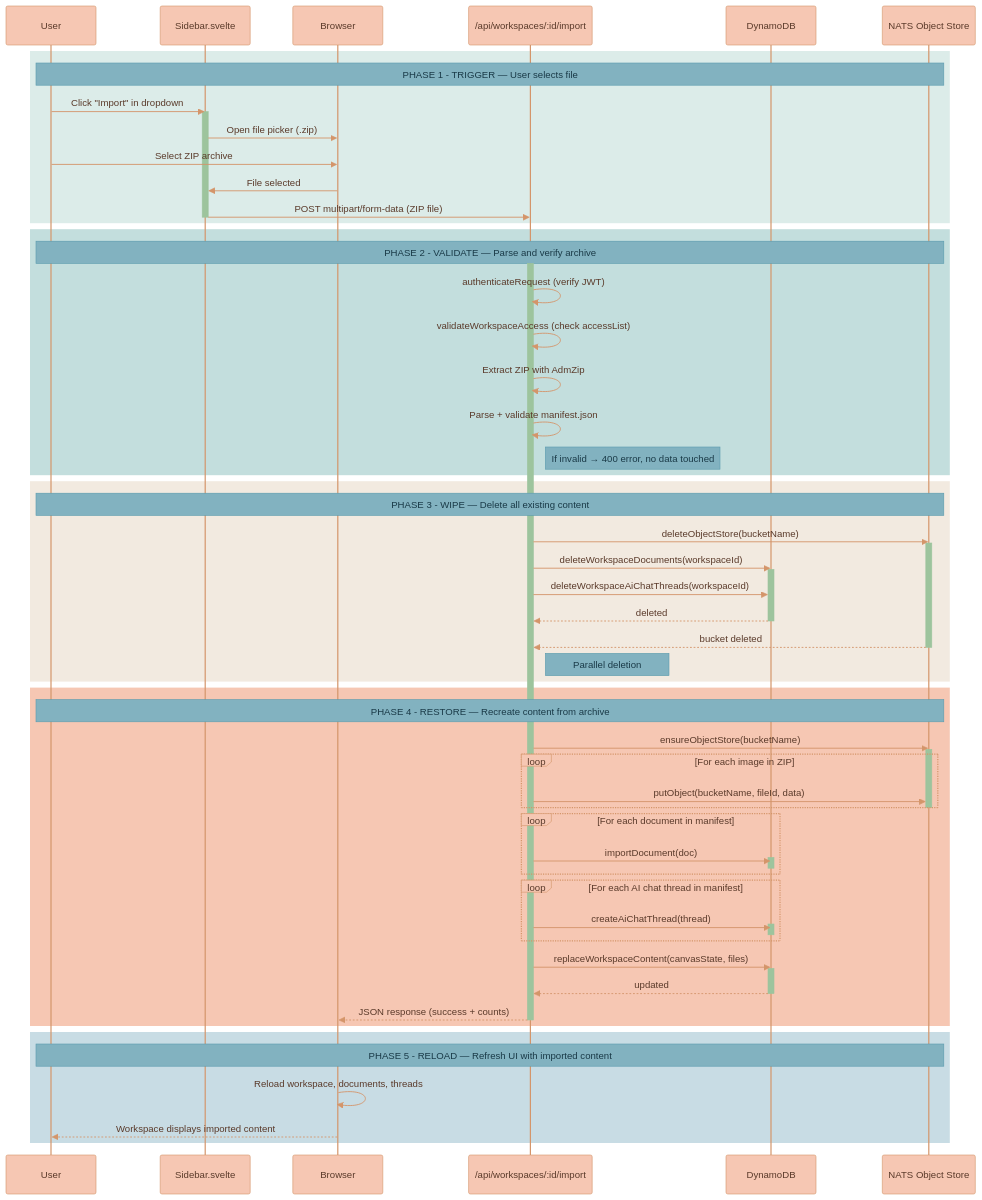
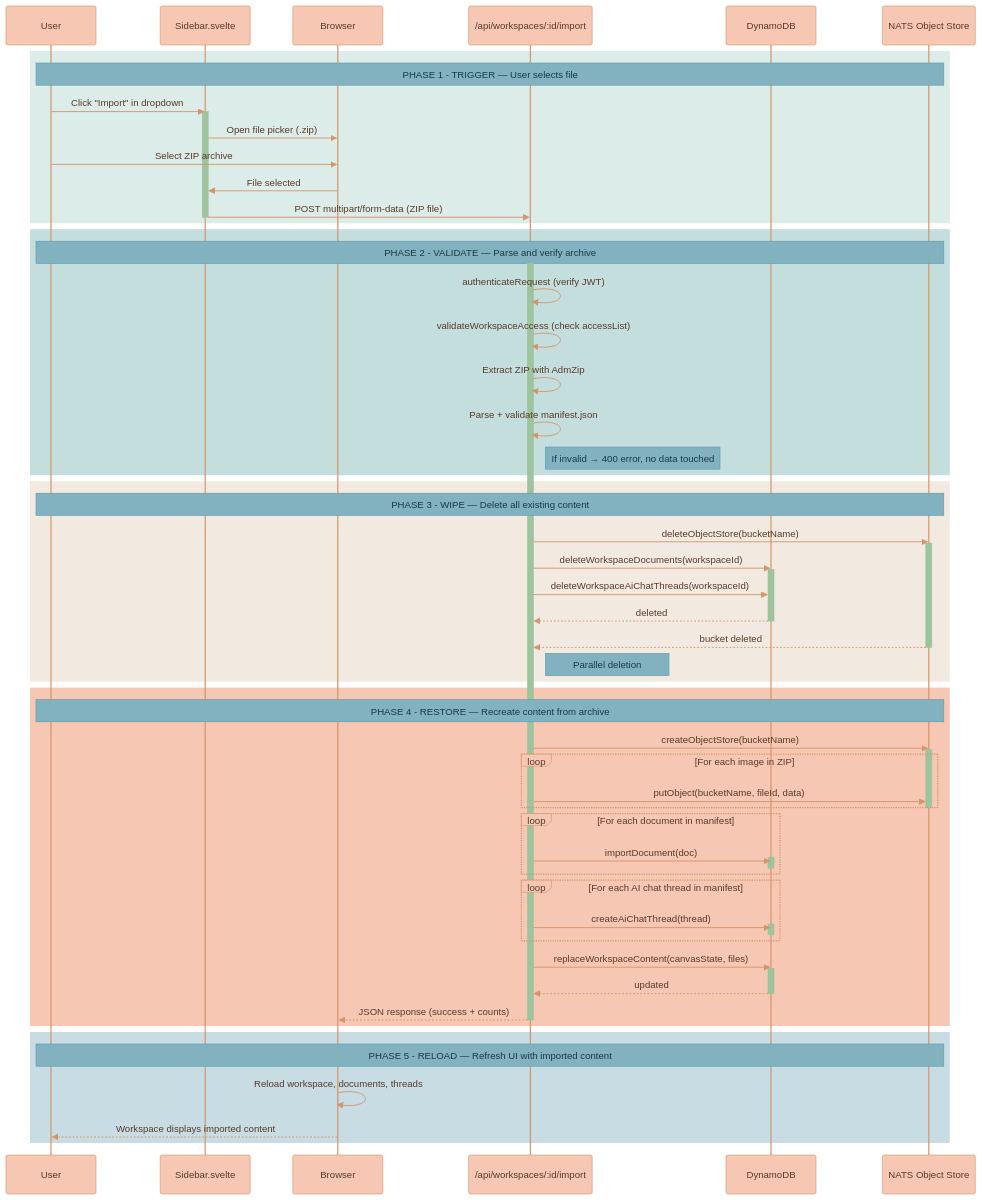
The second of 2 diagrams in documentation/library/WORKSPACE-EXPORT-IMPORT.md (Lixpi/lixpi), drawn with Mermaid before and after one commit. The commit also changed other lines of this file and 30 other files, not shown here.

```diff
--- a/documentation/library/WORKSPACE-EXPORT-IMPORT.md
+++ b/documentation/library/WORKSPACE-EXPORT-IMPORT.md
@@ -232,7 +232,7 @@
     %% ═══════════════════════════════════════════════════════════════
     rect rgb(246, 199, 179)
         Note over User, ObjStore: PHASE 4 - RESTORE — Recreate content from archive
-        API->>ObjStore: ensureObjectStore(bucketName)
+        API->>ObjStore: createObjectStore(bucketName)
         activate ObjStore
         loop For each image in ZIP
             API->>ObjStore: putObject(bucketName, fileId, data)
```
